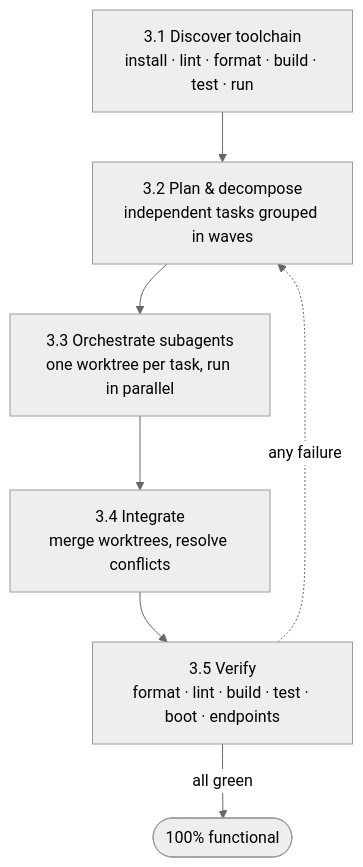
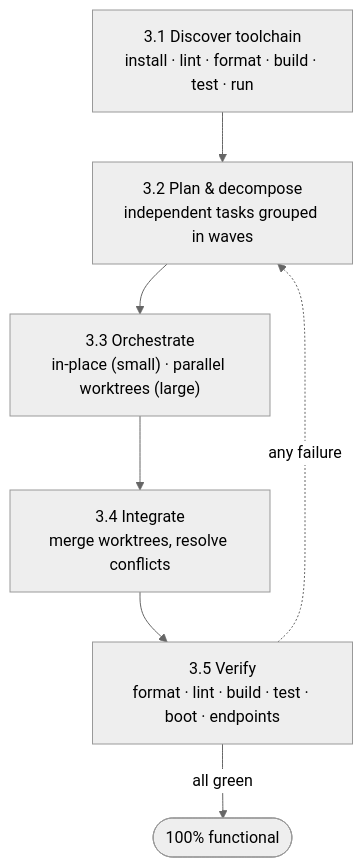
The second of 2 diagrams in .claude/skills/refactor-arch/SKILL.md (yahuchanam/mba-ia-refactor-projects-skill), drawn with Mermaid (neutral theme) before and after one commit. The commit also changed other lines of this file and 2 other files, not shown here.

````diff
--- a/.claude/skills/refactor-arch/SKILL.md
+++ b/.claude/skills/refactor-arch/SKILL.md
@@ -137,13 +138,13 @@
 ```mermaid
 flowchart TD
     D["3.1 Discover toolchain<br/>install · lint · format · build · test · run"]
     P["3.2 Plan & decompose<br/>independent tasks grouped in waves"]
-    O["3.3 Orchestrate subagents<br/>one worktree per task, run in parallel"]
+    O["3.3 Orchestrate<br/>in-place (small) · parallel worktrees (large)"]
     I["3.4 Integrate<br/>merge worktrees, resolve conflicts"]
     V["3.5 Verify<br/>format · lint · build · test · boot · endpoints"]
     DONE(["100% functional"])
 
     D --> P --> O --> I --> V
     V -->|all green| DONE
     V -.->|any failure| P
 ```
````
